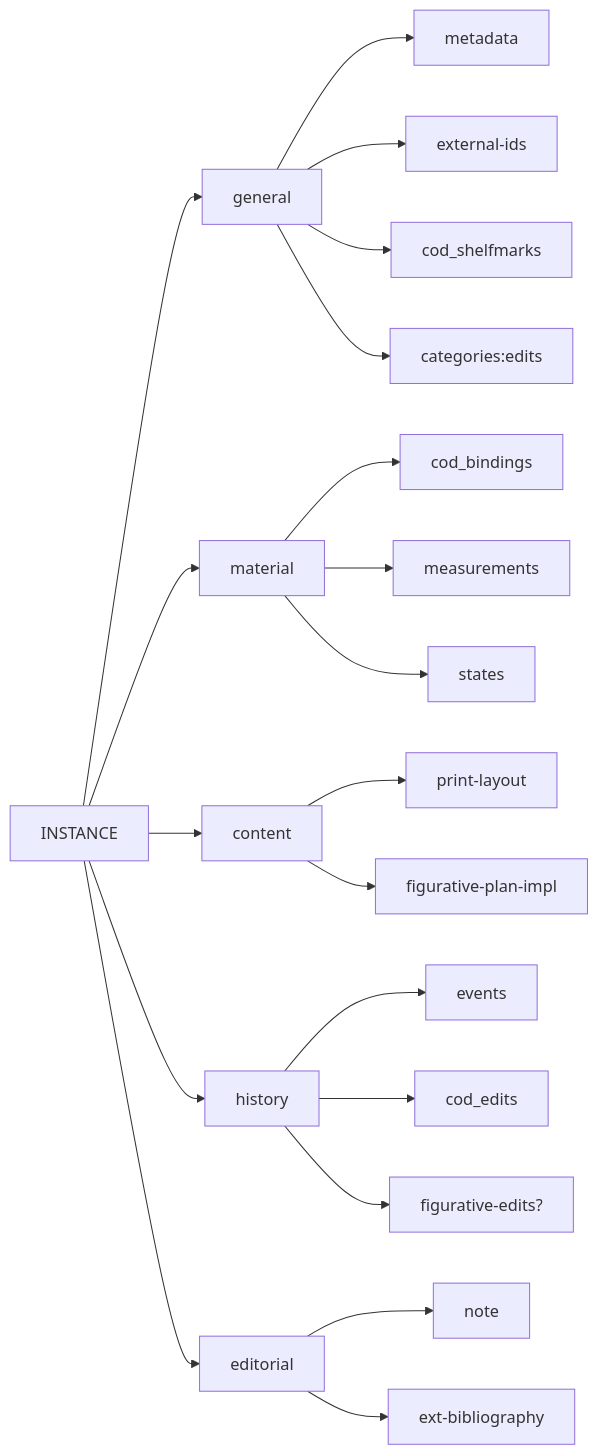
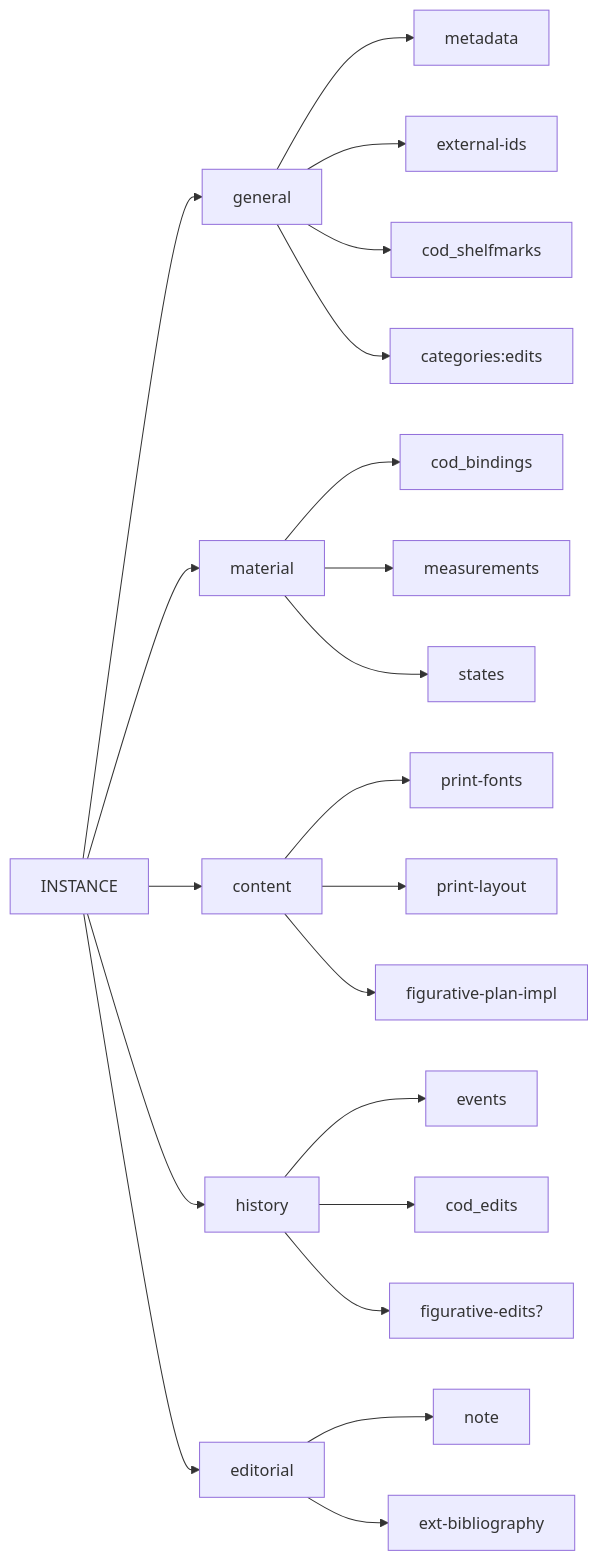
One commit to vedph/cadmus-ndp-books changed the second of 2 diagrams in README.md. Above: the diagram before and after it, drawn with Mermaid.

````diff
--- a/README.md
+++ b/README.md
@@ -39,23 +39,24 @@
 ```mermaid
 graph LR;
 
 INSTANCE --> general
 general --> metadata
 general --> external-ids
 general --> cod_shelfmarks
 INSTANCE --> material
 material --> cod_bindings
 material --> measurements
 material --> states
 general --> categories:edits
 INSTANCE --> content
+content --> print-fonts
 content --> print-layout
 content --> figurative-plan-impl
 INSTANCE --> history
 history --> events
 history --> cod_edits
 history --> figurative-edits?
 INSTANCE --> editorial
 editorial --> note
 editorial --> ext-bibliography
 ```
````
